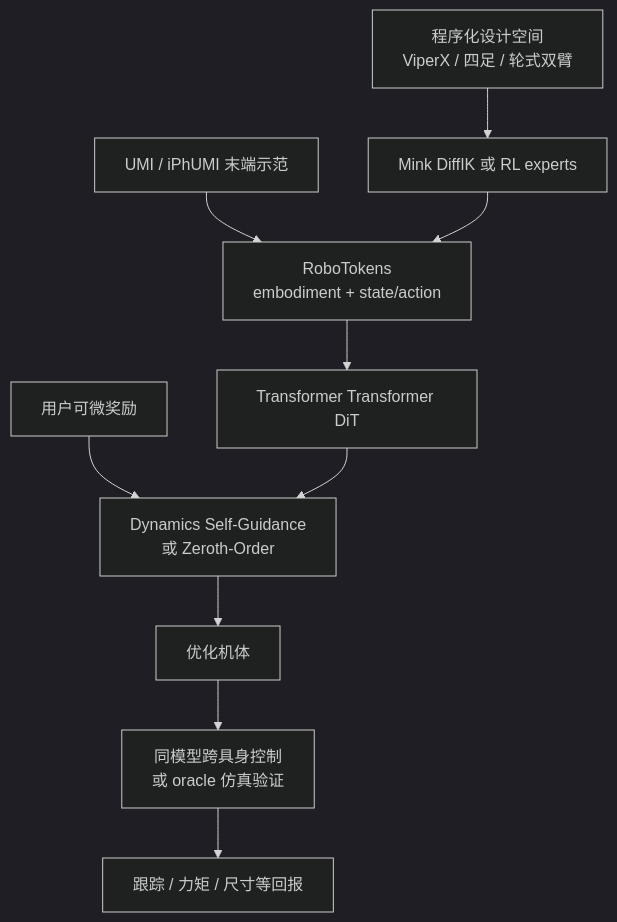
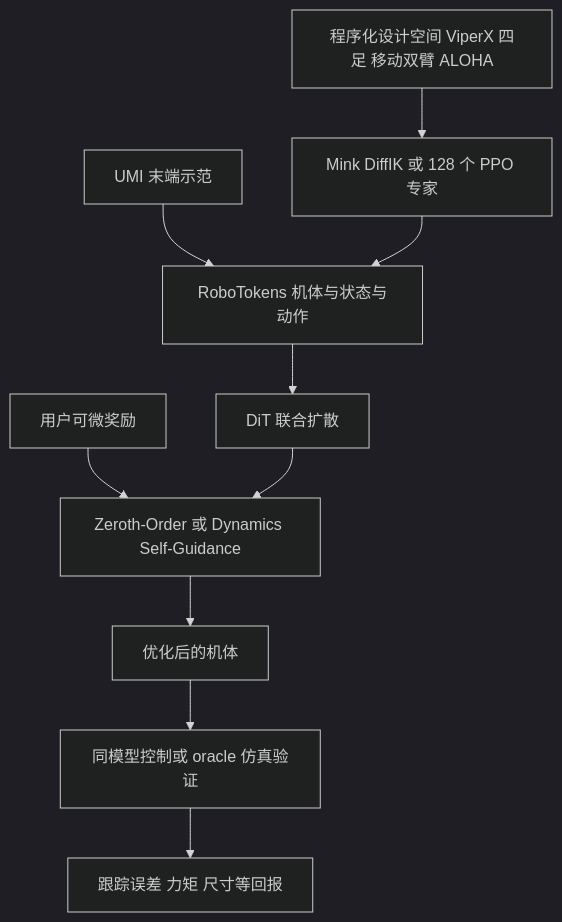
One commit to ImChong/Robotics_Notebooks changed the diagram in wiki/entities/paper-transformer-transformer.md. Above: the diagram before and after it, drawn with Mermaid (dark theme). The commit also changed other lines of this file and 196 other files, not shown here.

````diff
--- a/wiki/entities/paper-transformer-transformer.md
+++ b/wiki/entities/paper-transformer-transformer.md
@@ -112,12 +97,12 @@
 ```mermaid
 flowchart TB
-  DEMO[UMI / iPhUMI 末端示范] --> TOK[RoboTokens<br/>embodiment + state/action]
-  DES[程序化设计空间<br/>ViperX / 四足 / 轮式双臂] --> CTRL[Mink DiffIK 或 RL experts]
+  DEMO[UMI 末端示范] --> TOK[RoboTokens 机体与状态与动作]
+  DES[程序化设计空间 ViperX 四足 移动双臂 ALOHA] --> CTRL[Mink DiffIK 或 128 个 PPO 专家]
   CTRL --> TOK
-  TOK --> DIT[Transformer Transformer DiT]
-  REW[用户可微奖励] --> DSG[Dynamics Self-Guidance<br/>或 Zeroth-Order]
+  TOK --> DIT[DiT 联合扩散]
+  REW[用户可微奖励] --> DSG[Zeroth-Order 或 Dynamics Self-Guidance]
   DIT --> DSG
-  DSG --> ROBOT[优化机体]
-  ROBOT --> VAL[同模型跨具身控制<br/>或 oracle 仿真验证]
-  VAL --> METRIC[跟踪 / 力矩 / 尺寸等回报]
+  DSG --> ROBOT[优化后的机体]
+  ROBOT --> VAL[同模型控制或 oracle 仿真验证]
+  VAL --> OUT[跟踪误差 力矩 尺寸等回报]
 ```
````
